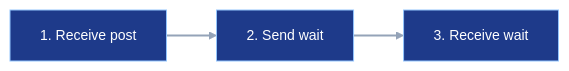
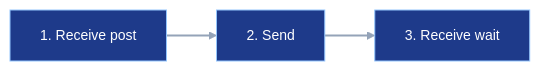
One commit to tenstorrent/tt-lang changed the fourth of 5 diagrams in docs/development/PipeNets.md. Above: the diagram before and after it, drawn with Mermaid. The commit also changed other lines of this file and 2 other files, not shown here.

````diff
--- a/docs/development/PipeNets.md
+++ b/docs/development/PipeNets.md
@@ -212,15 +213,15 @@
 ```mermaid
 %%{init: {"theme": "base", "themeVariables": {"primaryColor": "#1e3a8a", "primaryTextColor": "#ffffff", "primaryBorderColor": "#93c5fd", "lineColor": "#94a3b8", "textColor": "#cbd5e1", "fontSize": "14px"}}}%%
 flowchart LR
     recv_post["1. Receive post"]
-    send_wait["2. Send wait"]
+    send_wait["2. Send"]
     recv_wait["3. Receive wait"]
 
     recv_post --> send_wait
     send_wait --> recv_wait
 
     classDef pipeNode fill:#1e3a8a,stroke:#93c5fd,color:#ffffff
     class recv_post,send_wait,recv_wait pipeNode
     linkStyle 0 stroke:#94a3b8,stroke-width:2px
     linkStyle 1 stroke:#94a3b8,stroke-width:2px
 ```
````
